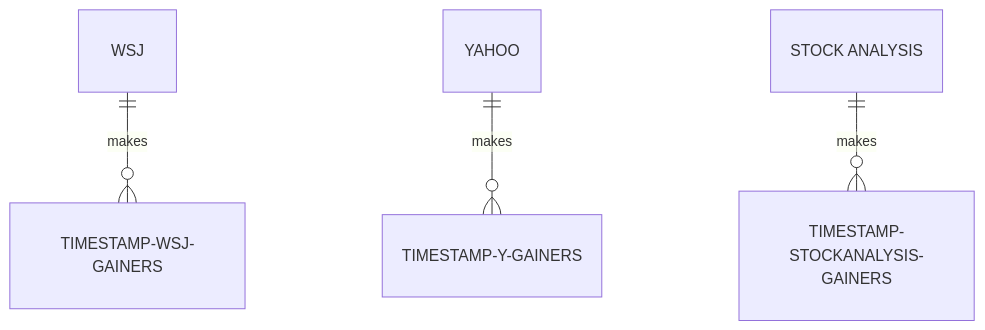
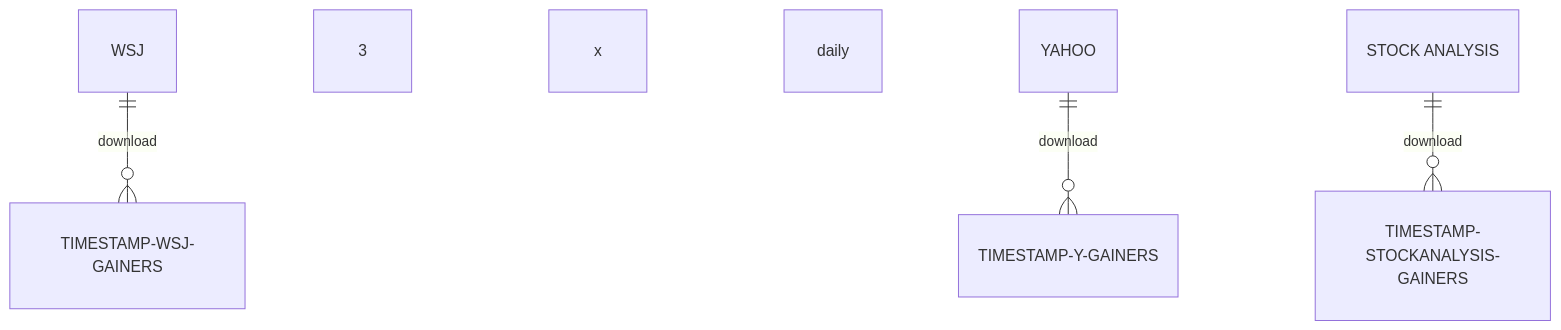
One commit to KazBarker/SP25_DS5111_nrg6cb changed the first of 2 diagrams in ERD/ERD.md. Above: the diagram before and after it, drawn with Mermaid.

````diff
--- a/ERD/ERD.md
+++ b/ERD/ERD.md
@@ -2,6 +2,6 @@
 ```mermaid
 erDiagram
-    WSJ only one to zero or more TIMESTAMP-WSJ-GAINERS : makes
-    YAHOO only one to zero or more TIMESTAMP-Y-GAINERS : makes
-    "STOCK ANALYSIS" only one to zero or more TIMESTAMP-STOCKANALYSIS-GAINERS : makes
+    WSJ only one to zero or more TIMESTAMP-WSJ-GAINERS : download 3x daily
+    YAHOO only one to zero or more TIMESTAMP-Y-GAINERS : download 3x daily
+    "STOCK ANALYSIS" only one to zero or more TIMESTAMP-STOCKANALYSIS-GAINERS : download 3x daily
 ```
````
